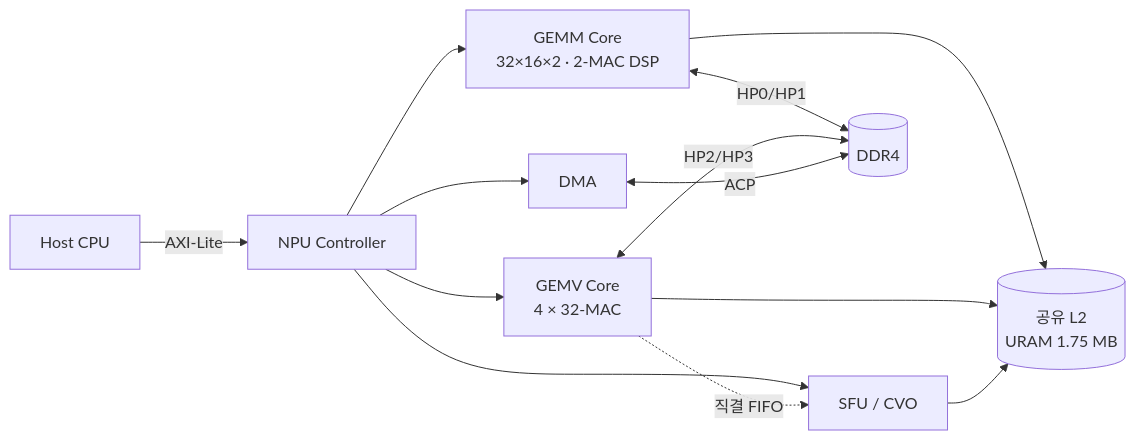
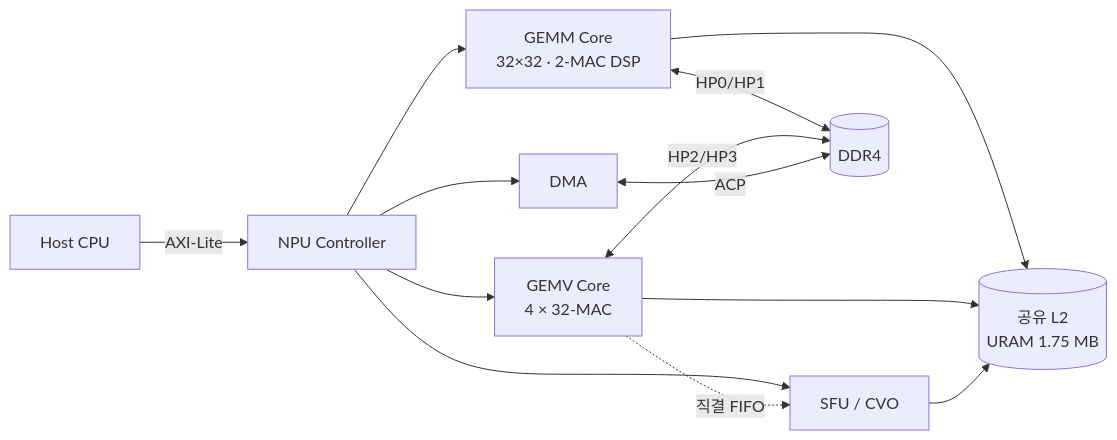
The diagram in ko/docs/samples/mermaid_blockdiagram.md (hwkim-dev/uCA), drawn with Mermaid before and after one commit. The commit also changed 10 other files, not shown here.

````diff
--- a/ko/docs/samples/mermaid_blockdiagram.md
+++ b/ko/docs/samples/mermaid_blockdiagram.md
@@ -6,15 +6,15 @@
 ```{mermaid}
 flowchart LR
     HOST[Host CPU] -- AXI-Lite --> CTRL[NPU Controller]
-    CTRL --> GEMM[GEMM Core<br/>32×16×2 · 2-MAC DSP]
+    CTRL --> GEMM[GEMM Core<br/>32×32 · 2-MAC DSP]
     CTRL --> GEMV[GEMV Core<br/>4 × 32-MAC]
     CTRL --> SFU[SFU / CVO]
     CTRL --> DMA[DMA]
     GEMM <-- HP0/HP1 --> DDR[(DDR4)]
     GEMV <-- HP2/HP3 --> DDR
     DMA  <-- ACP    --> DDR
     GEMV -. 직결 FIFO .-> SFU
     GEMM --> L2[(공유 L2<br/>URAM 1.75 MB)]
     GEMV --> L2
     SFU  --> L2
 ```
````
